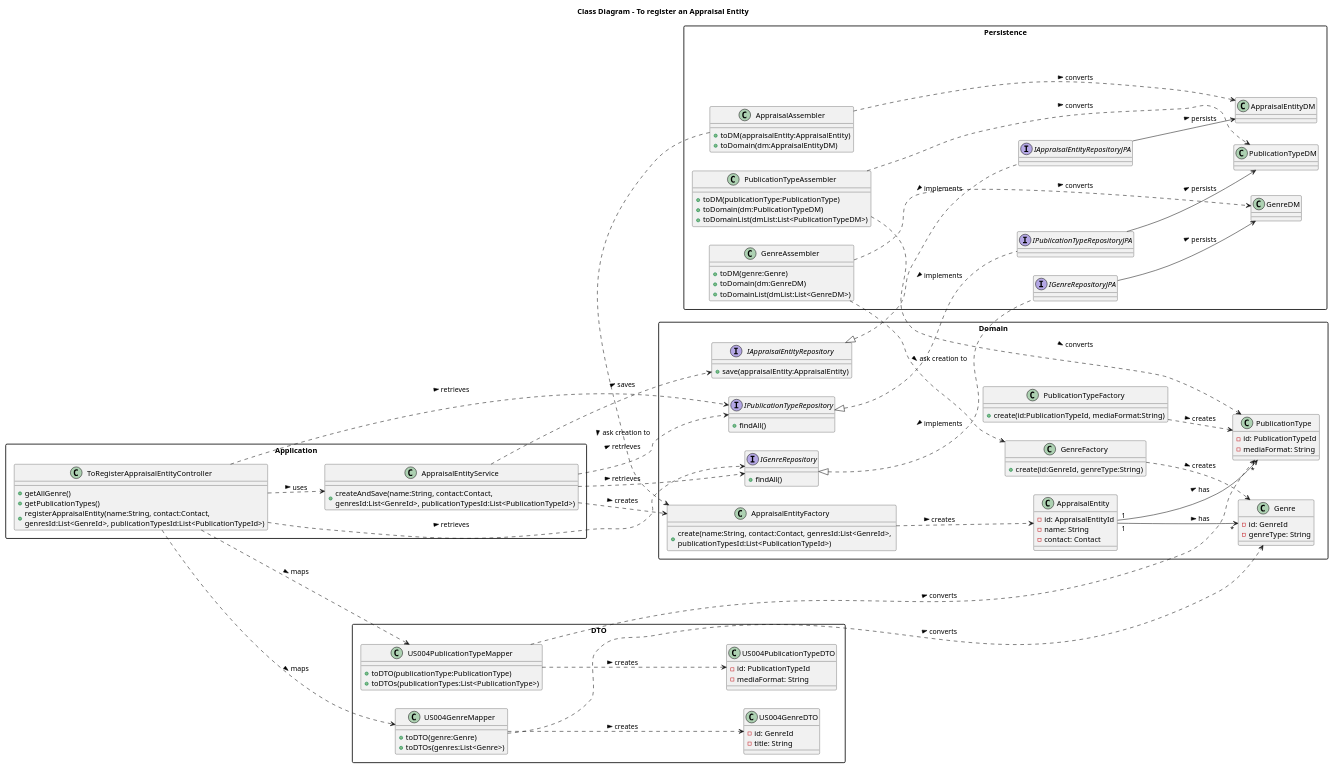
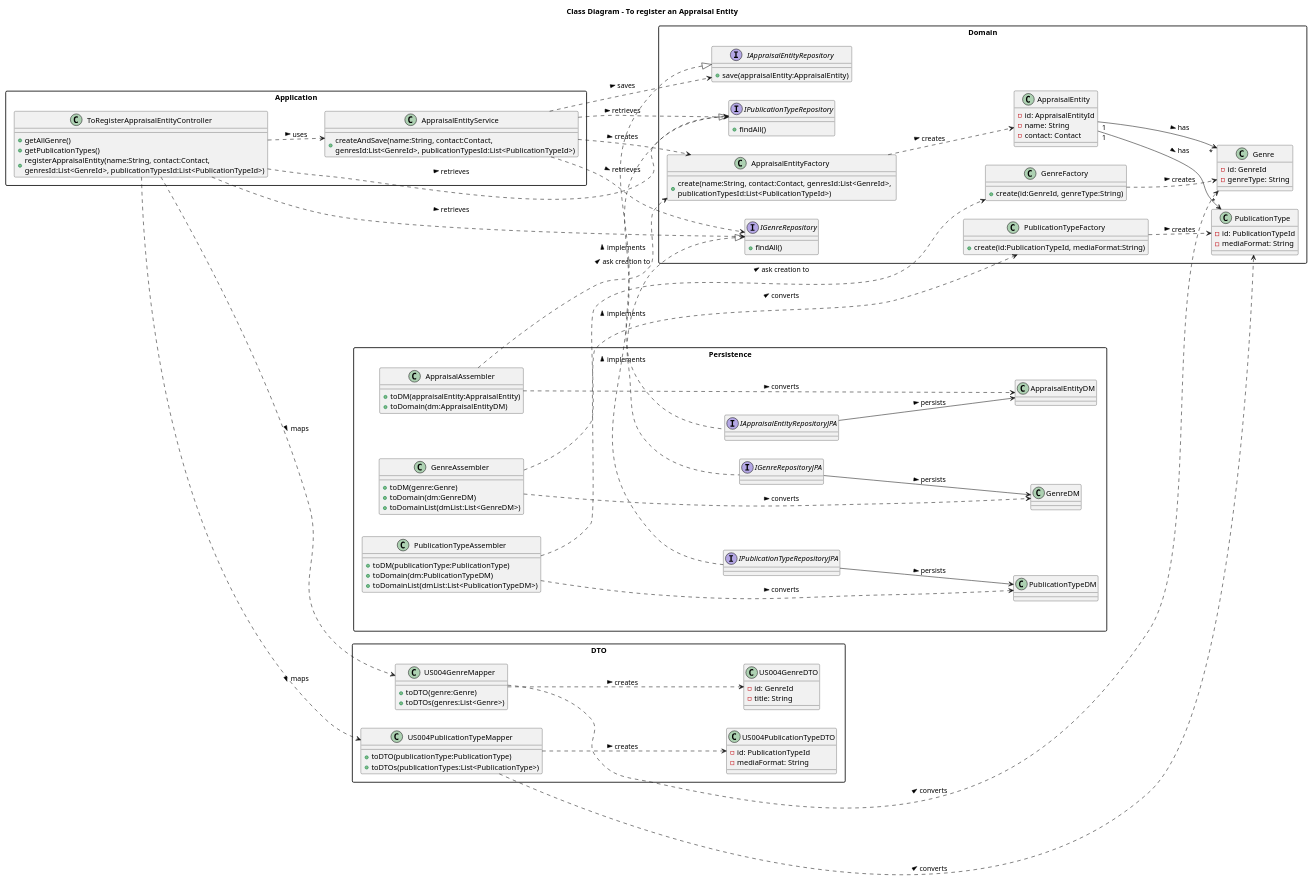
One commit to AndrePereiraGitH/SWitCH-Project-Team_A changed the diagram in Diagrams/ClassDiagrams/To-register-an-appraisal-entity.puml. Above: the diagram before and after it, drawn with PlantUML.

Commit message:
fix #709: minor change in SD, adding connection between PublicationTypeAssembler and PublicationTypeFactory

```diff
--- a/Diagrams/ClassDiagrams/To-register-an-appraisal-entity.puml
+++ b/Diagrams/ClassDiagrams/To-register-an-appraisal-entity.puml
@@ -1,173 +1,173 @@
 @startuml
 title Class Diagram - To register an Appraisal Entity
 
 skinparam packageStyle rectangle
 left to right direction
 
 ' =========================
 ' APPLICATION LAYER
 ' =========================
 package "Application" {
 
 class "ToRegisterAppraisalEntityController" as Controller {
   +getAllGenre()
   +getPublicationTypes()
   +registerAppraisalEntity(name:String, contact:Contact, \ngenresId:List<GenreId>, publicationTypesId:List<PublicationTypeId>)
 }
 
 class "AppraisalEntityService" as Service {
   +createAndSave(name:String, contact:Contact, \ngenresId:List<GenreId>, publicationTypesId:List<PublicationTypeId>)
 }
 
 Controller ..> Service : uses >
 }
 
 ' =========================
 ' DOMAIN LAYER
 ' =========================
 package "Domain" as DomainPkg {
 
 class AppraisalEntity {
   -id: AppraisalEntityId
   -name: String
   -contact: Contact
 }
 
 class Genre {
   -id: GenreId
   -genreType: String
 }
 
 class PublicationType {
   -id: PublicationTypeId
   -mediaFormat: String
 }
 
 class AppraisalEntityFactory {
   +create(name:String, contact:Contact, genresId:List<GenreId>, \npublicationTypesId:List<PublicationTypeId>)
 }
 
 class GenreFactory {
   +create(id:GenreId, genreType:String)
 }
 
 class PublicationTypeFactory {
   +create(id:PublicationTypeId, mediaFormat:String)
 }
 
 interface IAppraisalEntityRepository {
   +save(appraisalEntity:AppraisalEntity)
 }
 
 interface IGenreRepository {
   +findAll()
 }
 
 interface IPublicationTypeRepository {
   +findAll()
 }
 
 AppraisalEntity "1" --> "*" Genre : has >
 AppraisalEntity "1" --> "*" PublicationType : has >
 
 Service ..> AppraisalEntityFactory : creates >
 Service ..> IAppraisalEntityRepository : saves >
 Service ..> IGenreRepository : retrieves >
 Service ..> IPublicationTypeRepository : retrieves >
 
 AppraisalEntityFactory ..> AppraisalEntity : creates >
 GenreFactory ..> Genre : creates >
 PublicationTypeFactory ..> PublicationType : creates >
 }
 
 ' =========================
 ' DTO LAYER
 ' =========================
 package "DTO" {
 
 class US004GenreDTO {
   -id: GenreId
   -title: String
 }
 
 class US004PublicationTypeDTO {
   -id: PublicationTypeId
   -mediaFormat: String
 }
 
 class US004GenreMapper {
   +toDTO(genre:Genre)
   +toDTOs(genres:List<Genre>)
 }
 
 class US004PublicationTypeMapper {
   +toDTO(publicationType:PublicationType)
   +toDTOs(publicationTypes:List<PublicationType>)
 }
 
 US004GenreMapper ..> Genre : converts >
 US004GenreMapper ..> US004GenreDTO : creates >
 
 US004PublicationTypeMapper ..> PublicationType : converts >
 US004PublicationTypeMapper ..> US004PublicationTypeDTO : creates >
 
 Controller ..> US004GenreMapper : maps >
 Controller ..> US004PublicationTypeMapper : maps >
 }
 
 ' =========================
 ' PERSISTENCE LAYER
 ' =========================
 package "Persistence" as PersistPkg {
 
 class AppraisalEntityDM
 class GenreDM
 class PublicationTypeDM
 
 class AppraisalAssembler {
   +toDM(appraisalEntity:AppraisalEntity)
   +toDomain(dm:AppraisalEntityDM)
 }
 
 class GenreAssembler {
   +toDM(genre:Genre)
   +toDomain(dm:GenreDM)
   +toDomainList(dmList:List<GenreDM>)
 }
 
 class PublicationTypeAssembler {
   +toDM(publicationType:PublicationType)
   +toDomain(dm:PublicationTypeDM)
   +toDomainList(dmList:List<PublicationTypeDM>)
 }
 
 interface IAppraisalEntityRepositoryJPA
 interface IGenreRepositoryJPA
 interface IPublicationTypeRepositoryJPA
 
 AppraisalAssembler ...> AppraisalEntityFactory : ask creation to >
 AppraisalAssembler ...> AppraisalEntityDM : converts >
 
 GenreAssembler ...> GenreFactory : ask creation to >
 GenreAssembler ...> GenreDM : converts >
 
-PublicationTypeAssembler ...> PublicationType : converts >
+PublicationTypeAssembler ...> PublicationTypeFactory : converts >
 PublicationTypeAssembler ...> PublicationTypeDM : converts >
 
 IAppraisalEntityRepositoryJPA --> AppraisalEntityDM : persists >
 IGenreRepositoryJPA --> GenreDM : persists >
 IPublicationTypeRepositoryJPA --> PublicationTypeDM : persists >
 }
 
 ' =========================
 ' CROSS LAYER
 ' =========================
 
 Controller ..> IGenreRepository : retrieves >
 Controller ..> IPublicationTypeRepository : retrieves >
 
 IAppraisalEntityRepository <|.. IAppraisalEntityRepositoryJPA : implements <
 IGenreRepository <|.. IGenreRepositoryJPA : implements <
 IPublicationTypeRepository <|.. IPublicationTypeRepositoryJPA : implements <
 
 @enduml
```
